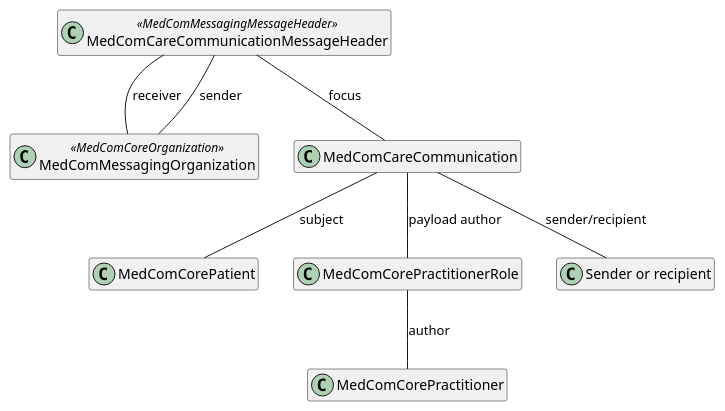
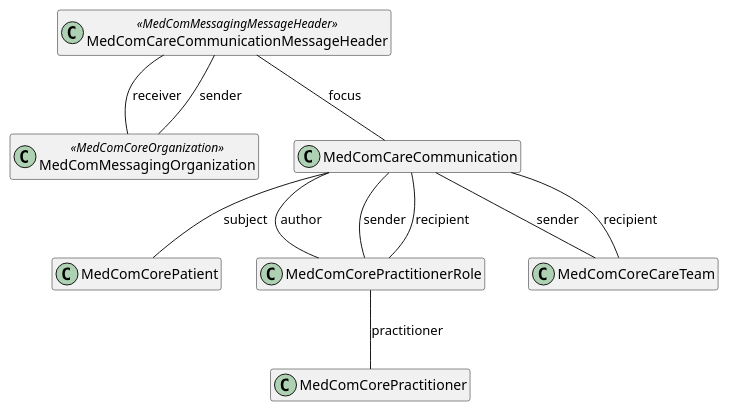
The diagram in puml/CareCommunicationMessageHeader.puml (medcomdk/dk-medcom-carecommunication), drawn with PlantUML before and after one commit. The commit also changed 12 other files, not shown here.

```diff
--- a/puml/CareCommunicationMessageHeader.puml
+++ b/puml/CareCommunicationMessageHeader.puml
@@ -1,25 +1,28 @@
 @startuml CareCommunicationMessageHeader
 
 hide empty members
 
 top to bottom direction
 
 class "MedComCareCommunicationMessageHeader" as messageheader <<MedComMessagingMessageHeader>>
 class "MedComMessagingOrganization" as messagingOrganization <<MedComCoreOrganization>>
 class "MedComCareCommunication" as communication
 class "MedComCorePatient" as patient
-class "MedComCorePractitionerRole" as authorRole
-class "Sender or recipient" as senderRec
+class "MedComCorePractitionerRole" as pracRole
+class "MedComCoreCareTeam" as careteam
 class "MedComCorePractitioner" as author
 
 
 messageheader -- communication : "focus"
 communication -- patient : "subject"
-communication -- authorRole : "payload author"
-communication -- senderRec : "sender/recipient"
-authorRole -- author : "author"
+communication -- pracRole : "author"
+communication -- careteam : "sender"
+communication -- careteam : "recipient"
+communication -- pracRole : "sender"
+communication -- pracRole : "recipient"
+pracRole -- author : "practitioner"
 
 
 messageheader -- messagingOrganization : "receiver"
 messageheader -- messagingOrganization : "sender"
 @enduml
```
